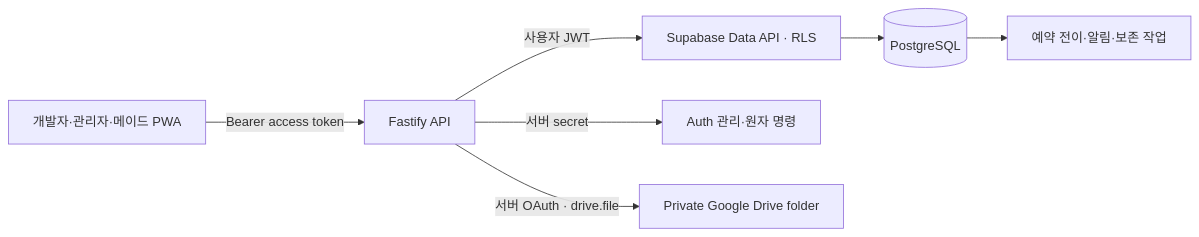
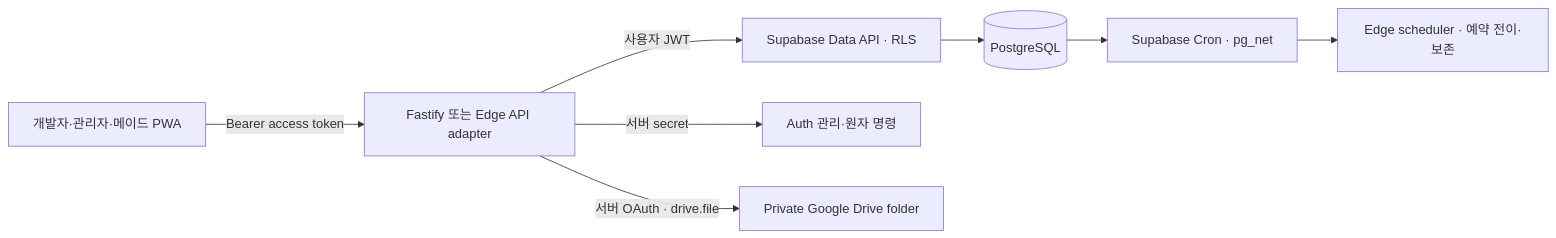
Before and after one commit to wrongstory/room-management-system-backend: the first of 2 diagrams in docs/ARCHITECTURE.md, drawn with Mermaid. The commit also changed other lines of this file and 19 other files, not shown here.

First line of the commit message:
feat(edge): #36 Supabase 무료 운영 PoC 추가

````diff
--- a/docs/ARCHITECTURE.md
+++ b/docs/ARCHITECTURE.md
@@ -18,9 +19,10 @@
 ```mermaid
 flowchart LR
-  UI[개발자·관리자·메이드 PWA] -->|Bearer access token| API[Fastify API]
+  UI[개발자·관리자·메이드 PWA] -->|Bearer access token| API[Fastify 또는 Edge API adapter]
   API -->|사용자 JWT| DATA[Supabase Data API · RLS]
   API -->|서버 secret| ADMIN[Auth 관리·원자 명령]
   DATA --> DB[(PostgreSQL)]
   API -->|서버 OAuth · drive.file| DRIVE[Private Google Drive folder]
-  DB --> JOBS[예약 전이·알림·보존 작업]
+  DB --> CRON[Supabase Cron · pg_net]
+  CRON --> JOBS[Edge scheduler · 예약 전이·보존]
 ```
````
